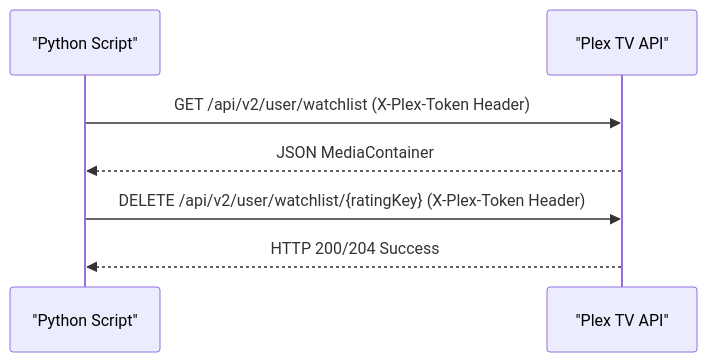
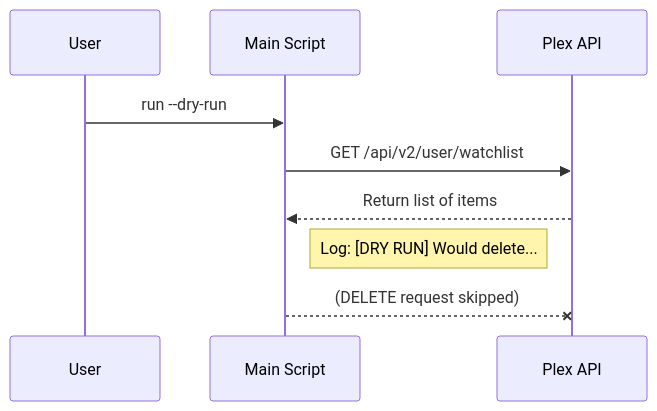
Before and after one commit to Avkroken/Docker-idempotent-update: the second of 2 diagrams in .cubic/wiki/08-sec-security/02-page-security-practices.md, drawn with Mermaid. The commit also changed other lines of this file and 42 other files, not shown here.

````diff
--- a/.cubic/wiki/08-sec-security/02-page-security-practices.md
+++ b/.cubic/wiki/08-sec-security/02-page-security-practices.md
@@ -52,9 +88,11 @@
 ```mermaid
 sequenceDiagram
-    participant App as "Python Script"
-    participant Plex as "Plex TV API"
-    App->>Plex: GET /api/v2/user/watchlist (X-Plex-Token Header)
-    Plex-->>App: JSON MediaContainer
-    App->>Plex: DELETE /api/v2/user/watchlist/{ratingKey} (X-Plex-Token Header)
-    Plex-->>App: HTTP 200/204 Success
+    participant User
+    participant App as Main Script
+    participant API as Plex API
+    User->>App: run --dry-run
+    App->>API: GET /api/v2/user/watchlist
+    API-->>App: Return list of items
+    Note right of App: Log: [DRY RUN] Would delete...
+    App--xAPI: (DELETE request skipped)
 ```
````
